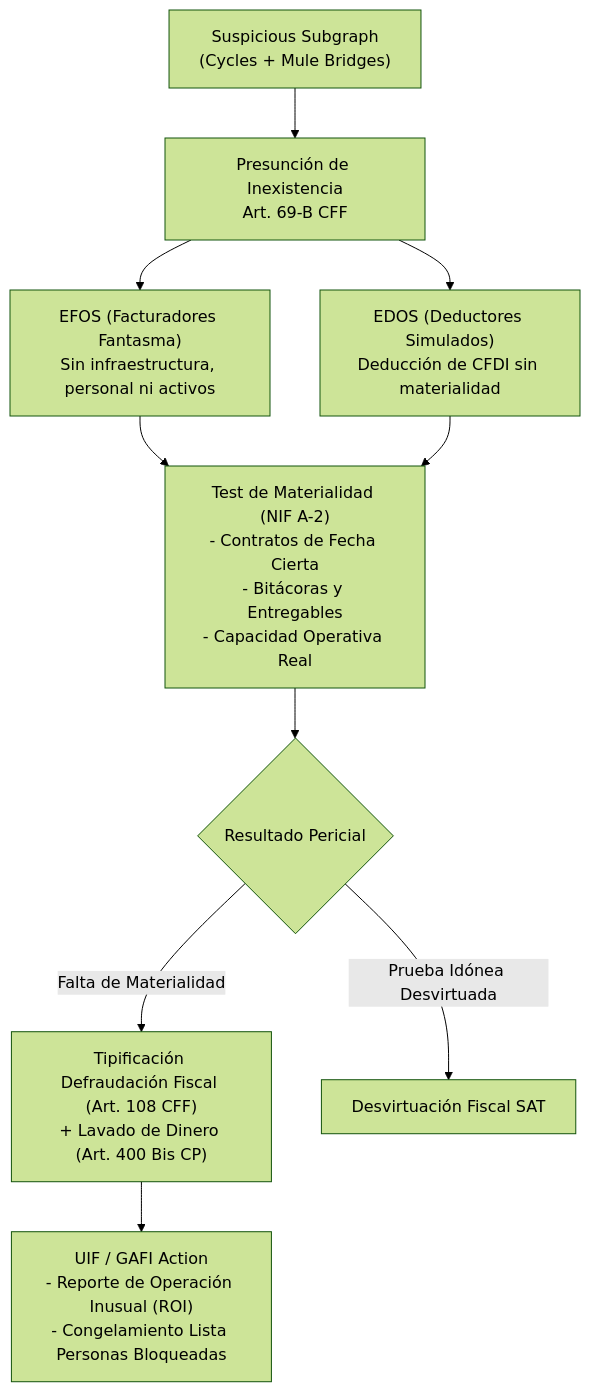
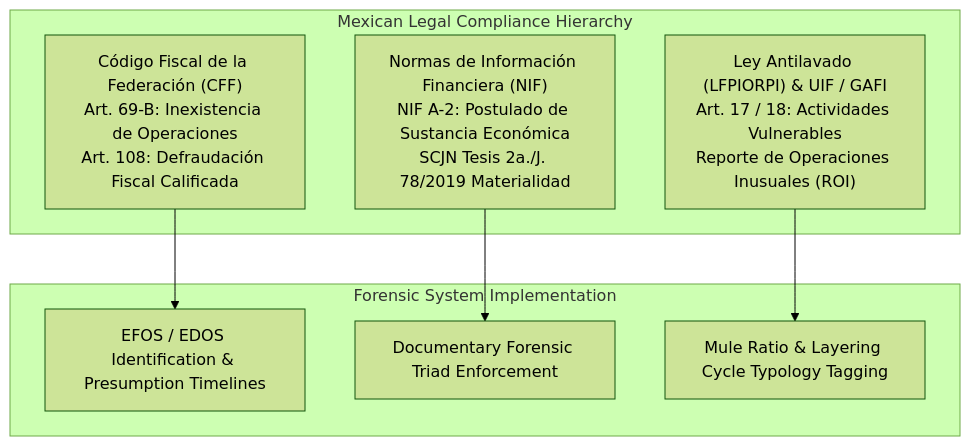
One commit to oscarvasquez28/HackMty2026-InfoSys changed the fourth of 5 diagrams in doc/data-and-compliance/README.md. Above: the diagram before and after it, drawn with Mermaid (forest theme). The commit also changed other lines of this file and 17 other files, not shown here.

````diff
--- a/doc/data-and-compliance/README.md
+++ b/doc/data-and-compliance/README.md
@@ -255,16 +288,14 @@
 ```mermaid
-graph TD
-    G_suspect["Suspicious Subgraph<br/>(Cycles + Mule Bridges)"] --> Presumption["Presunción de Inexistencia<br/>Art. 69-B CFF"]
-    
-    Presumption --> EFOS["EFOS (Facturadores Fantasma)<br/>Sin infraestructura, personal ni activos"]
-    Presumption --> EDOS["EDOS (Deductores Simulados)<br/>Deducción de CFDI sin materialidad"]
-    
-    EFOS --> Evidentiary["Test de Materialidad (NIF A-2)<br/>- Contratos de Fecha Cierta<br/>- Bitácoras y Entregables<br/>- Capacidad Operativa Real"]
-    EDOS --> Evidentiary
-    
-    Evidentiary --> LegalOutcomes{"Resultado Pericial"}
-    LegalOutcomes -->|Falta de Materialidad| TaxFraud["Tipificación Defraudación Fiscal (Art. 108 CFF)<br/>+ Lavado de Dinero (Art. 400 Bis CP)"]
-    LegalOutcomes -->|Prueba Idónea Desvirtuada| Cleared["Desvirtuación Fiscal SAT"]
-    
-    TaxFraud --> UIFReport["UIF / GAFI Action<br/>- Reporte de Operación Inusual (ROI)<br/>- Congelamiento Lista Personas Bloqueadas"]
+flowchart TD
+    subgraph StatutoryLayer["Mexican Legal Compliance Hierarchy"]
+        CFF["Código Fiscal de la Federación (CFF)<br/>Art. 69-B: Inexistencia de Operaciones<br/>Art. 108: Defraudación Fiscal Calificada"]
+        NIF["Normas de Información Financiera (NIF)<br/>NIF A-2: Postulado de Sustancia Económica<br/>SCJN Tesis 2a./J. 78/2019 Materialidad"]
+        AML["Ley Antilavado (LFPIORPI) & UIF / GAFI<br/>Art. 17 / 18: Actividades Vulnerables<br/>Reporte de Operaciones Inusuales (ROI)"]
+    end
+
+    subgraph ForensicApplication["Forensic System Implementation"]
+        CFF --> EFOS_EDOS["EFOS / EDOS Identification & Presumption Timelines"]
+        NIF --> MaterialityTriad["Documentary Forensic Triad Enforcement"]
+        AML --> UIF_Typologies["Mule Ratio & Layering Cycle Typology Tagging"]
+    end
 ```
````
